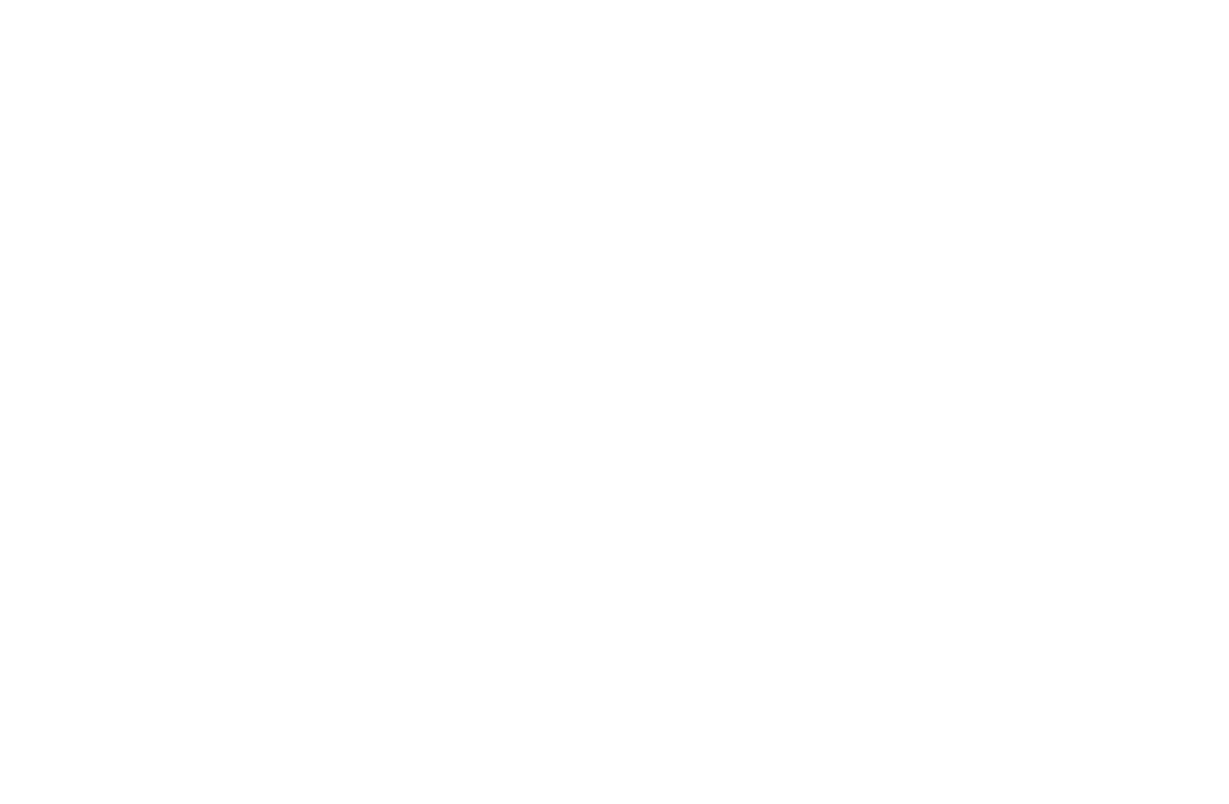
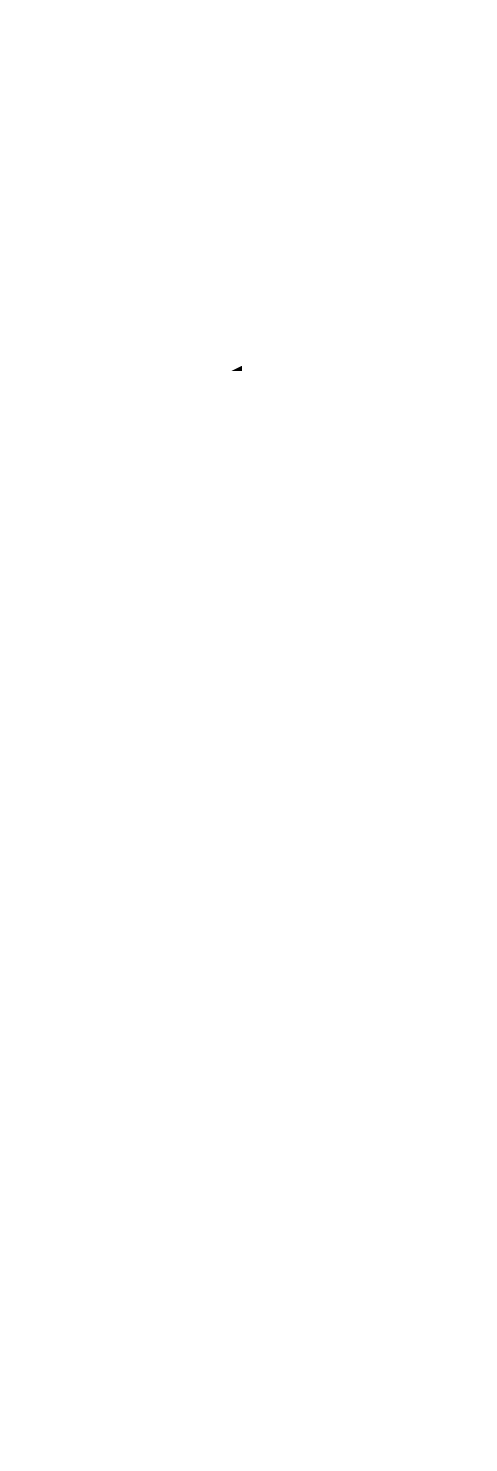
Before and after one commit to patricktjel/software_science: the diagram in mutex/BDD.dot, drawn with Graphviz. The commit also changed 22 other files, not shown here.

```diff
--- a/mutex/BDD.dot
+++ b/mutex/BDD.dot
@@ -1,11 +1,20 @@
 digraph "DD" {
 graph [dpi = 300];
 center = true;
 edge [dir = forward];
 root [style=invis];
-root -> 9223372036854775810 [style=solid];
-9223372036854775810 [label="1"];
+root -> 53 [style=solid dir=both arrowtail=dot];
+53 [label="1"];
+27 [label="2"];
 0 [shape=box, style=filled, label="F"];
-9223372036854775810 -> 9223372036854775808 [style=dashed];
-9223372036854775810 -> 0 [style=solid];
+6 [label="3"];
+6 -> 0 [style=dashed];
+6 -> 0 [style=solid dir=both arrowtail=dot];
+27 -> 0 [style=dashed];
+27 -> 6 [style=solid dir=both arrowtail=none];
+38 [label="2"];
+38 -> 6 [style=dashed];
+38 -> 0 [style=solid dir=both arrowtail=dot];
+53 -> 27 [style=dashed];
+53 -> 38 [style=solid dir=both arrowtail=none];
 }
```
